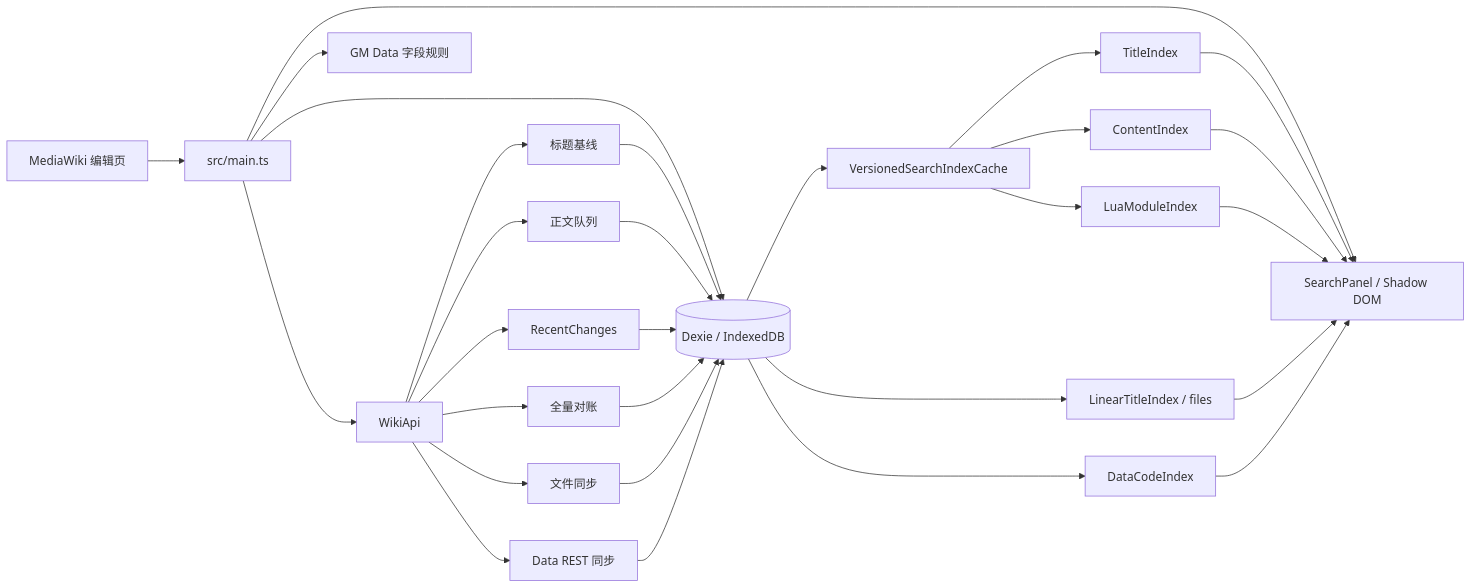
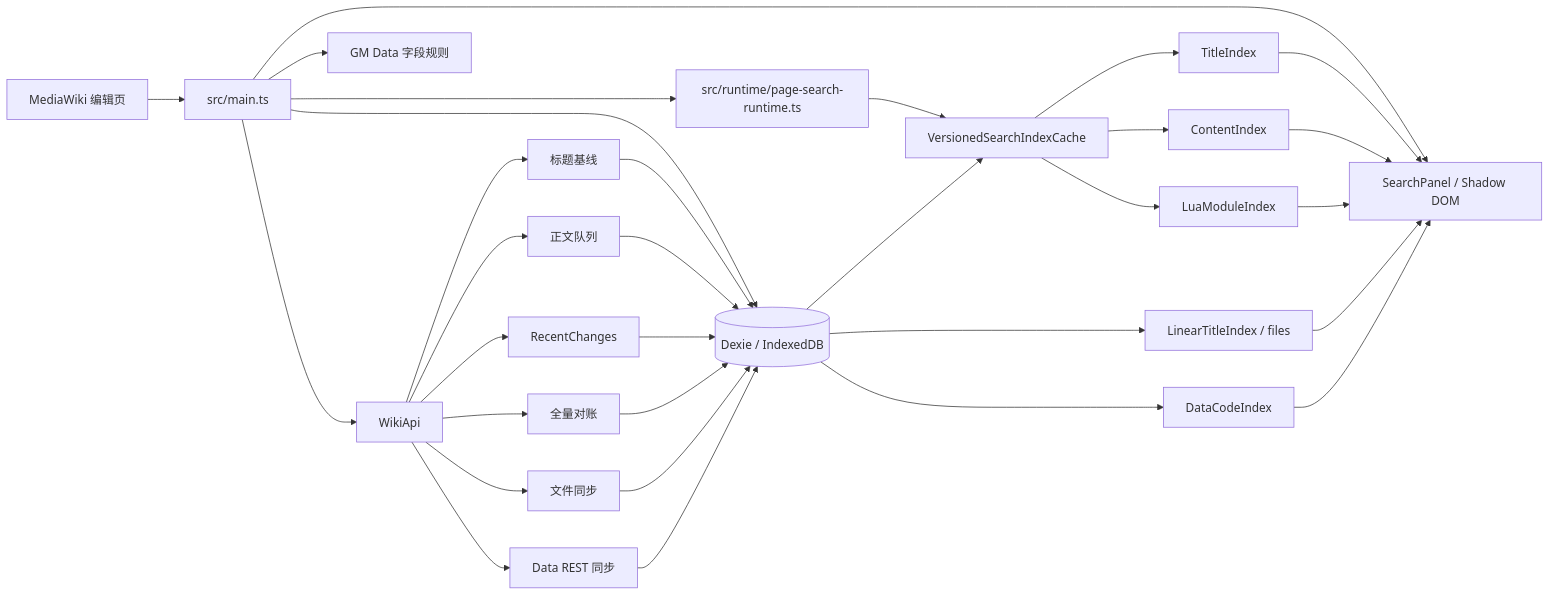
One commit to Werewolf-Wu/cu-wiki-search-companion changed the first of 2 diagrams in ARCHITECTURE.md. Above: the diagram before and after it, drawn with Mermaid. The commit also changed other lines of this file and 15 other files, not shown here.

```diff
--- a/ARCHITECTURE.md
+++ b/ARCHITECTURE.md
@@ -22,35 +22,37 @@
 ~~~mermaid
 flowchart LR
   MW[MediaWiki 编辑页] --> Entry[src/main.ts]
   Entry --> UI[SearchPanel / Shadow DOM]
   Entry --> API[WikiApi]
   Entry --> DB[(Dexie / IndexedDB)]
   Entry --> Pref[GM Data 字段规则]
+  Entry --> PageRuntime[src/runtime/page-search-runtime.ts]
+  PageRuntime --> Cache[VersionedSearchIndexCache]
 
   API --> TitleSync[标题基线]
   API --> ContentSync[正文队列]
   API --> RC[RecentChanges]
   API --> Recon[全量对账]
   API --> FileSync[文件同步]
   API --> DataSync[Data REST 同步]
 
   TitleSync --> DB
   ContentSync --> DB
   RC --> DB
   Recon --> DB
   FileSync --> DB
   DataSync --> DB
 
   DB --> Cache[VersionedSearchIndexCache]
   Cache --> TitleIndex[TitleIndex]
   Cache --> ContentIndex[ContentIndex]
   Cache --> LuaIndex[LuaModuleIndex]
   DB --> FileIndex[LinearTitleIndex / files]
   DB --> DataIndex[DataCodeIndex]
 
   TitleIndex --> UI
   ContentIndex --> UI
   LuaIndex --> UI
   FileIndex --> UI
   DataIndex --> UI
 ~~~
```
